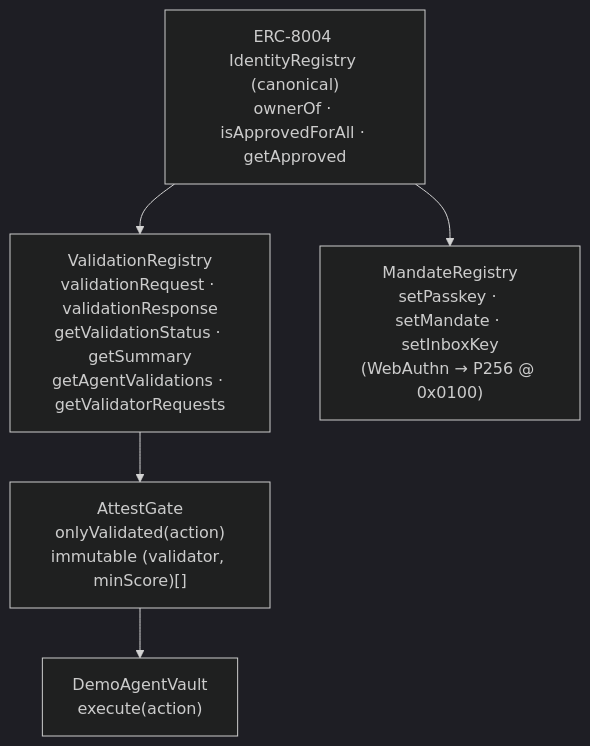
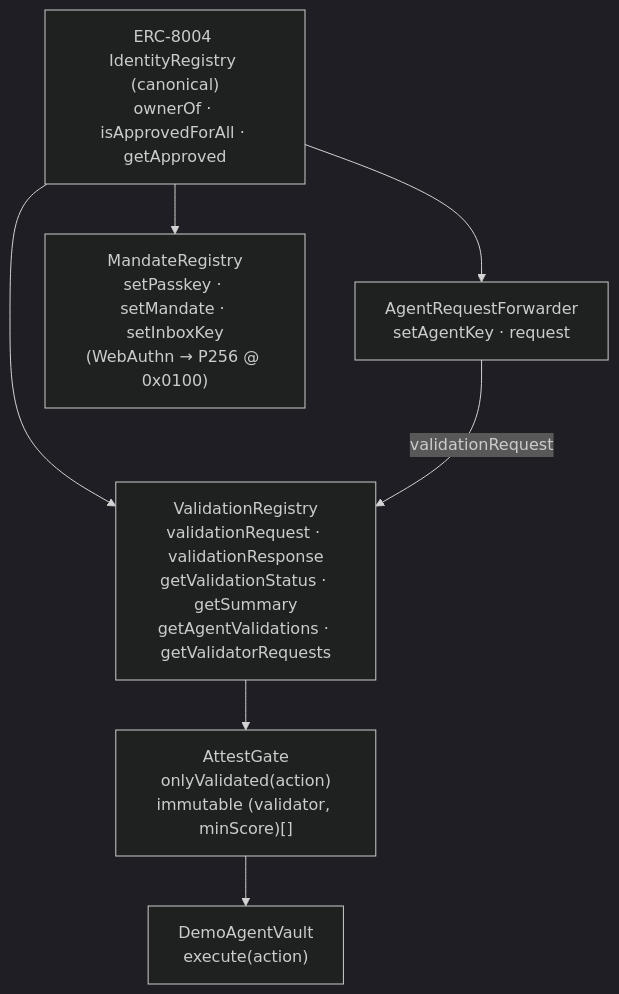
Before and after one commit to AmitChowdary122/attest8004: the second of 5 diagrams in ARCHITECTURE.md, drawn with Mermaid (dark theme). The commit also changed other lines of this file and 4 other files, not shown here.

First line of the commit message:
feat(contracts): AgentRequestForwarder, a validationRequest-only operator for agent hot keys

````diff
--- a/ARCHITECTURE.md
+++ b/ARCHITECTURE.md
@@ -88,12 +92,15 @@
 ```mermaid
 flowchart TB
   ID["ERC-8004 IdentityRegistry (canonical)<br/>ownerOf · isApprovedForAll · getApproved"]
   VR["ValidationRegistry<br/>validationRequest · validationResponse<br/>getValidationStatus · getSummary<br/>getAgentValidations · getValidatorRequests"]
+  FW["AgentRequestForwarder<br/>setAgentKey · request"]
   MR["MandateRegistry<br/>setPasskey · setMandate · setInboxKey<br/>(WebAuthn → P256 @ 0x0100)"]
   G["AttestGate<br/>onlyValidated(action)<br/>immutable (validator, minScore)[]"]
   V["DemoAgentVault<br/>execute(action)"]
   ID --> VR
+  ID --> FW
+  FW -->|validationRequest| VR
   ID --> MR
   VR --> G
   G --> V
 ```
````
